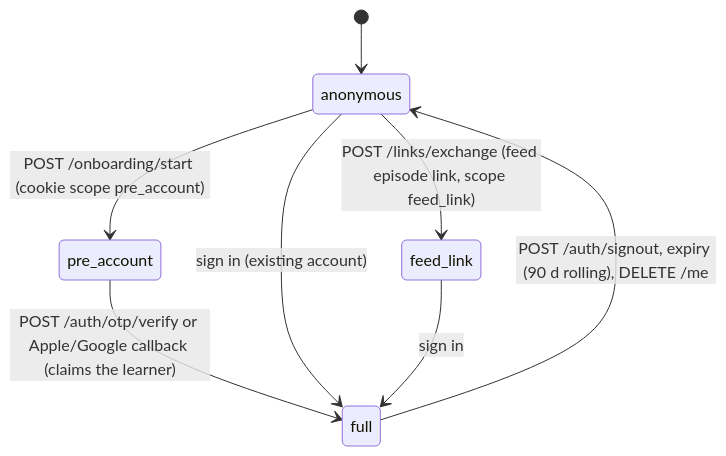
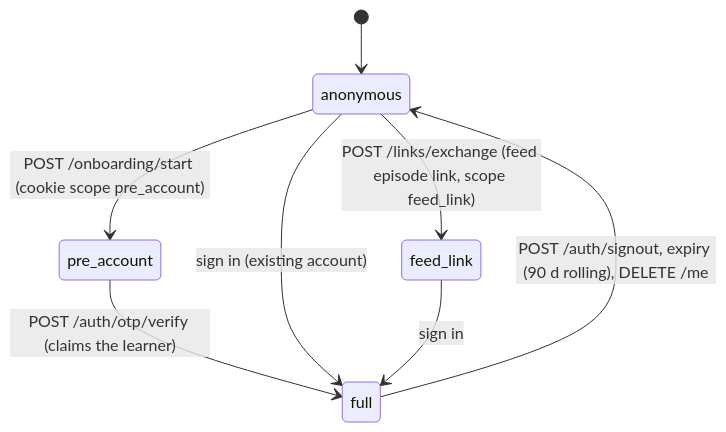
One commit to Muath-8/For-one changed the diagram in technical-design/02-api-contracts.md. Above: the diagram before and after it, drawn with Mermaid. The commit also changed other lines of this file and 107 other files, not shown here.

````diff
--- a/technical-design/02-api-contracts.md
+++ b/technical-design/02-api-contracts.md
@@ -7,10 +7,10 @@
 ```mermaid
 stateDiagram-v2
   [*] --> anonymous
   anonymous --> pre_account : POST /onboarding/start (cookie scope pre_account)
-  pre_account --> full : POST /auth/otp/verify or Apple/Google callback (claims the learner)
+  pre_account --> full : POST /auth/otp/verify (claims the learner)
   anonymous --> full : sign in (existing account)
   anonymous --> feed_link : POST /links/exchange (feed episode link, scope feed_link)
   feed_link --> full : sign in
   full --> anonymous : POST /auth/signout, expiry (90 d rolling), DELETE /me
 ```
````
